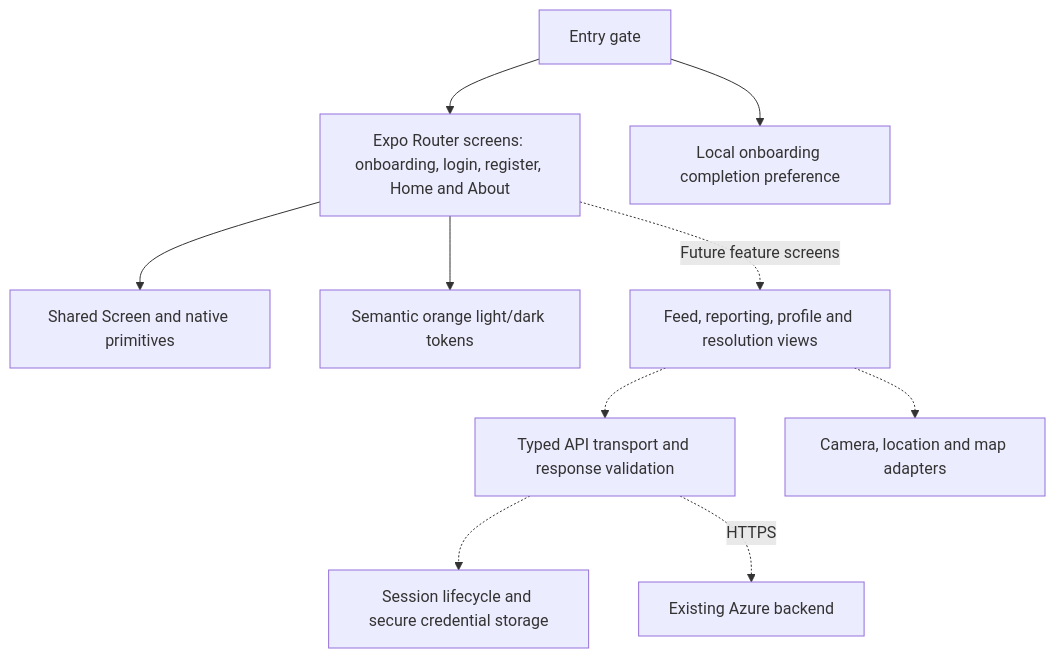
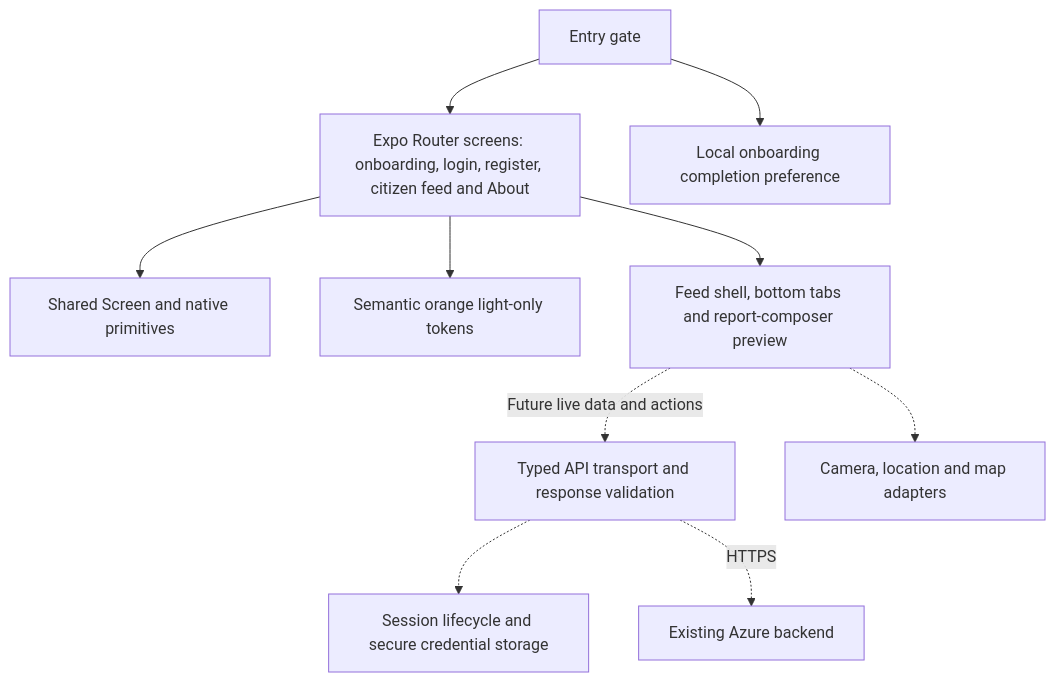
One commit to Auvryy/surios-ai-app changed the second of 3 diagrams in docs/ARCHITECTURE.md. Above: the diagram before and after it, drawn with Mermaid. The commit also changed other lines of this file and 5 other files, not shown here.

Commit message:
docs: document citizen preview and light-only theme

````diff
--- a/docs/ARCHITECTURE.md
+++ b/docs/ARCHITECTURE.md
@@ -73,12 +73,12 @@
 ```mermaid
 flowchart TD
-    Routes[Expo Router screens: onboarding, login, register, Home and About] --> UI[Shared Screen and native primitives]
-    Routes --> Theme[Semantic orange light/dark tokens]
+    Routes[Expo Router screens: onboarding, login, register, citizen feed and About] --> UI[Shared Screen and native primitives]
+    Routes --> Theme[Semantic orange light-only tokens]
     Entry[Entry gate] --> Preferences[Local onboarding completion preference]
     Entry --> Routes
-    Routes -. Future feature screens .-> Features[Feed, reporting, profile and resolution views]
-    Features -.-> API[Typed API transport and response validation]
+    Routes --> Features[Feed shell, bottom tabs and report-composer preview]
+    Features -. Future live data and actions .-> API[Typed API transport and response validation]
     Features -.-> Device[Camera, location and map adapters]
     API -.-> Session[Session lifecycle and secure credential storage]
     API -. HTTPS .-> Backend[Existing Azure backend]
 ```
````
